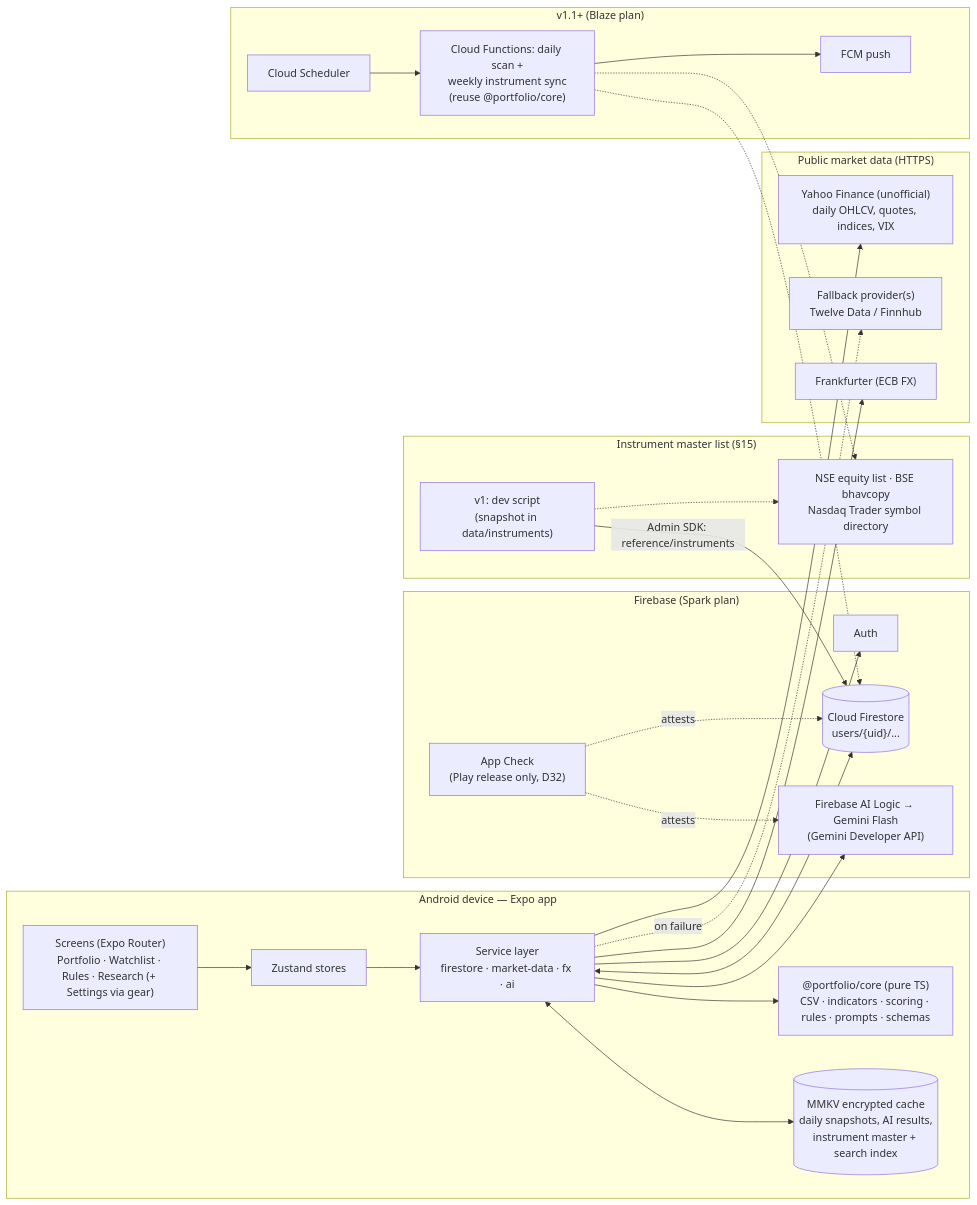
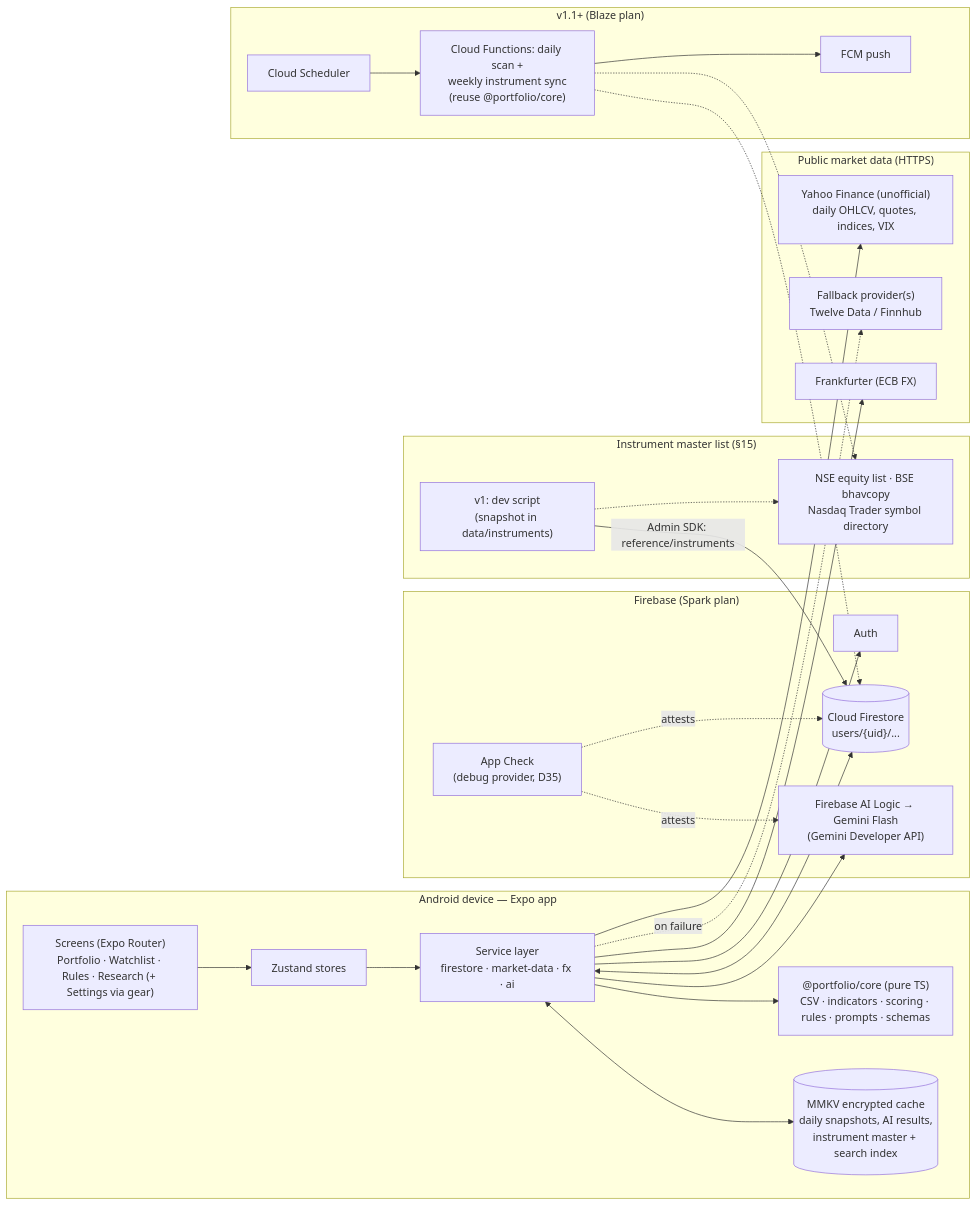
The first of 2 diagrams in docs/HLD.md (atulkb/my-portfolio), drawn with Mermaid before and after one commit. The commit also changed other lines of this file and 29 other files, not shown here.

````diff
--- a/docs/HLD.md
+++ b/docs/HLD.md
@@ -31,48 +31,48 @@
 ```mermaid
 flowchart LR
   subgraph Device["Android device — Expo app"]
     UI["Screens (Expo Router)<br/>Portfolio · Watchlist · Rules · Research (+ Settings via gear)"]
     ST["Zustand stores"]
     SVC["Service layer<br/>firestore · market-data · fx · ai"]
     CORE["@portfolio/core (pure TS)<br/>CSV · indicators · scoring · rules · prompts · schemas"]
     MMKV[("MMKV encrypted cache<br/>daily snapshots, AI results,<br/>instrument master + search index")]
     UI --> ST --> SVC
     SVC --> CORE
     SVC <--> MMKV
   end
 
   subgraph Firebase["Firebase (Spark plan)"]
     AUTH["Auth"]
     FS[("Cloud Firestore<br/>users/{uid}/...")]
-    AC["App Check<br/>(Play release only, D32)"]
+    AC["App Check<br/>(debug provider, D35)"]
     AIL["Firebase AI Logic → Gemini Flash<br/>(Gemini Developer API)"]
   end
 
   subgraph Market["Public market data (HTTPS)"]
     YF["Yahoo Finance (unofficial)<br/>daily OHLCV, quotes, indices, VIX"]
     FB["Fallback provider(s)<br/>Twelve Data / Finnhub"]
     FX["Frankfurter (ECB FX)"]
   end
 
   SVC --> AUTH
   SVC <--> FS
   SVC --> AIL
   AC -. attests .-> FS
   AC -. attests .-> AIL
   SVC --> YF
   SVC -. on failure .-> FB
   SVC --> FX
 
   subgraph Sync["Instrument master list (§15)"]
     DEV["v1: dev script<br/>(snapshot in data/instruments)"]
     SRC["NSE equity list · BSE bhavcopy<br/>Nasdaq Trader symbol directory"]
     DEV -.-> SRC
   end
   DEV -- "Admin SDK: reference/instruments" --> FS
 
   subgraph Later["v1.1+ (Blaze plan)"]
     SCH["Cloud Scheduler"] --> CF["Cloud Functions: daily scan +<br/>weekly instrument sync<br/>(reuse @portfolio/core)"] --> FCM["FCM push"]
     CF -.-> SRC
   end
   CF -.-> FS
 ```
````
